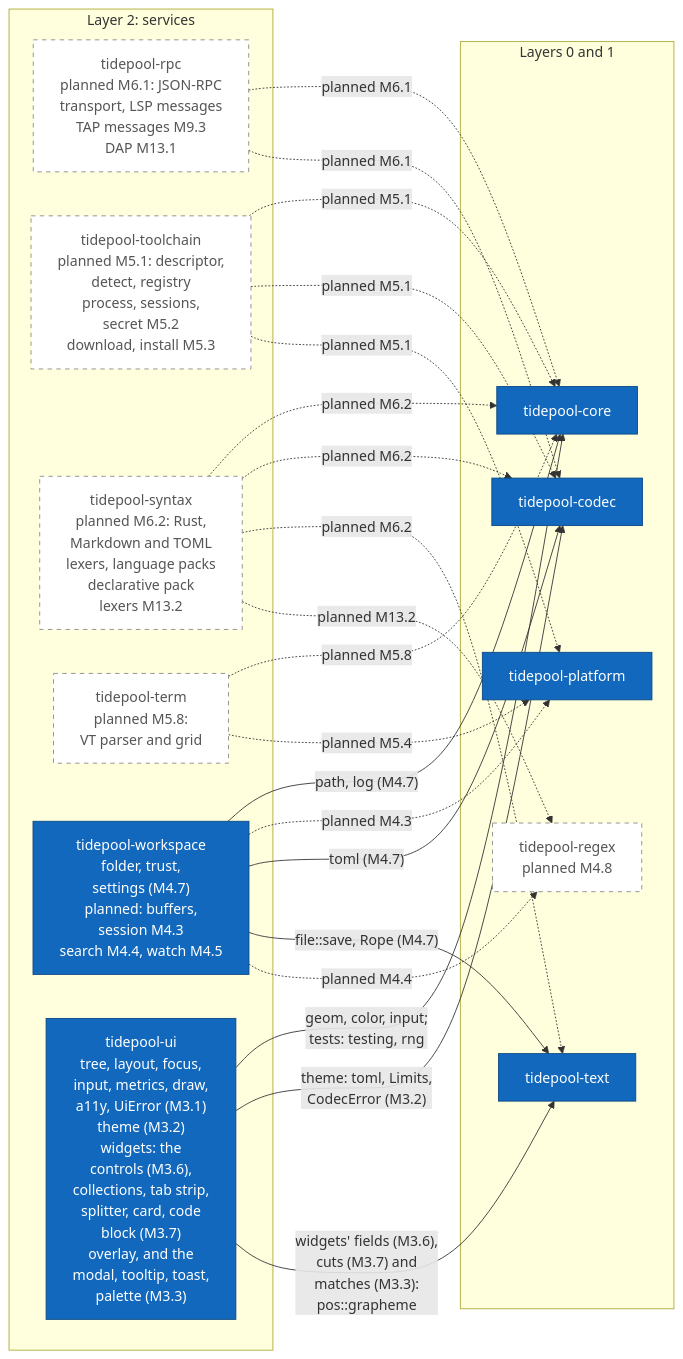
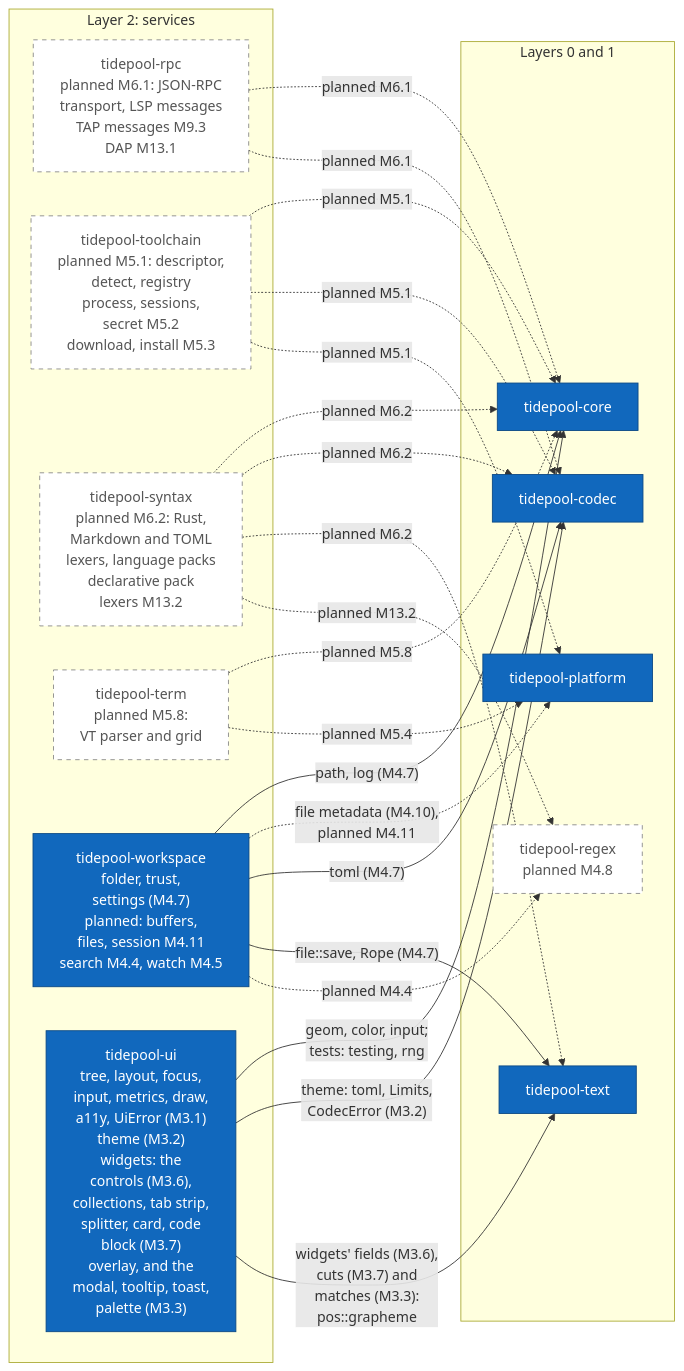
The seventh of 17 diagrams in diagrams/c4-architecture.md (jabbott-iii/Tidepool), drawn with Mermaid before and after one commit. The commit also changed other lines of this file and 28 other files, not shown here.

First line of the commit message:
feat(platform,sys): file metadata for saves (M4.10, ADR-0068)

````diff
--- a/diagrams/c4-architecture.md
+++ b/diagrams/c4-architecture.md
@@ -386,43 +387,43 @@
 ```mermaid
 flowchart LR
     subgraph L2["Layer 2: services"]
         k_rpc["tidepool-rpc<br/>planned M6.1: JSON-RPC<br/>transport, LSP messages<br/>TAP messages M9.3<br/>DAP M13.1"]
         k_toolchain["tidepool-toolchain<br/>planned M5.1: descriptor,<br/>detect, registry<br/>process, sessions,<br/>secret M5.2<br/>download, install M5.3"]
         k_syntax["tidepool-syntax<br/>planned M6.2: Rust,<br/>Markdown and TOML<br/>lexers, language packs<br/>declarative pack<br/>lexers M13.2"]
         k_term["tidepool-term<br/>planned M5.8:<br/>VT parser and grid"]
-        k_workspace["tidepool-workspace<br/>folder, trust,<br/>settings (M4.7)<br/>planned: buffers,<br/>session M4.3<br/>search M4.4, watch M4.5"]
+        k_workspace["tidepool-workspace<br/>folder, trust,<br/>settings (M4.7)<br/>planned: buffers,<br/>files, session M4.11<br/>search M4.4, watch M4.5"]
         k_ui["tidepool-ui<br/>tree, layout, focus,<br/>input, metrics, draw,<br/>a11y, UiError (M3.1)<br/>theme (M3.2)<br/>widgets: the<br/>controls (M3.6),<br/>collections, tab strip,<br/>splitter, card, code<br/>block (M3.7)<br/>overlay, and the<br/>modal, tooltip, toast,<br/>palette (M3.3)"]
     end
     subgraph L01["Layers 0 and 1"]
         k_platform["tidepool-platform"]
         k_codec["tidepool-codec"]
         k_text["tidepool-text"]
         k_regex["tidepool-regex<br/>planned M4.8"]
         k_core["tidepool-core"]
     end
 
     k_rpc -.->|"planned M6.1"| k_core
     k_rpc -.->|"planned M6.1"| k_codec
     k_toolchain -.->|"planned M5.1"| k_core
     k_toolchain -.->|"planned M5.1"| k_codec
     k_toolchain -.->|"planned M5.1"| k_platform
     k_syntax -.->|"planned M6.2"| k_core
     k_syntax -.->|"planned M6.2"| k_codec
     k_syntax -.->|"planned M6.2"| k_text
     k_syntax -.->|"planned M13.2"| k_regex
     k_term -.->|"planned M5.8"| k_core
     k_term -.->|"planned M5.4"| k_platform
     k_workspace -->|"path, log (M4.7)"| k_core
-    k_workspace -.->|"planned M4.3"| k_platform
+    k_workspace -.->|"file metadata (M4.10),<br/>planned M4.11"| k_platform
     k_workspace -->|"toml (M4.7)"| k_codec
     k_workspace -->|"file::save, Rope (M4.7)"| k_text
     k_workspace -.->|"planned M4.4"| k_regex
     k_ui -->|"geom, color, input;<br/>tests: testing, rng"| k_core
     k_ui -->|"theme: toml, Limits,<br/>CodecError (M3.2)"| k_codec
     k_ui -->|"widgets' fields (M3.6),<br/>cuts (M3.7) and<br/>matches (M3.3):<br/>pos::grapheme"| k_text
 
     classDef built fill:#1168bd,stroke:#0b4884,color:#ffffff
     classDef planned fill:#ffffff,stroke:#888888,stroke-dasharray: 5 5,color:#555555
     class k_platform,k_codec,k_text,k_core,k_ui,k_workspace built
     class k_rpc,k_toolchain,k_syntax,k_term,k_regex planned
 ```
````
